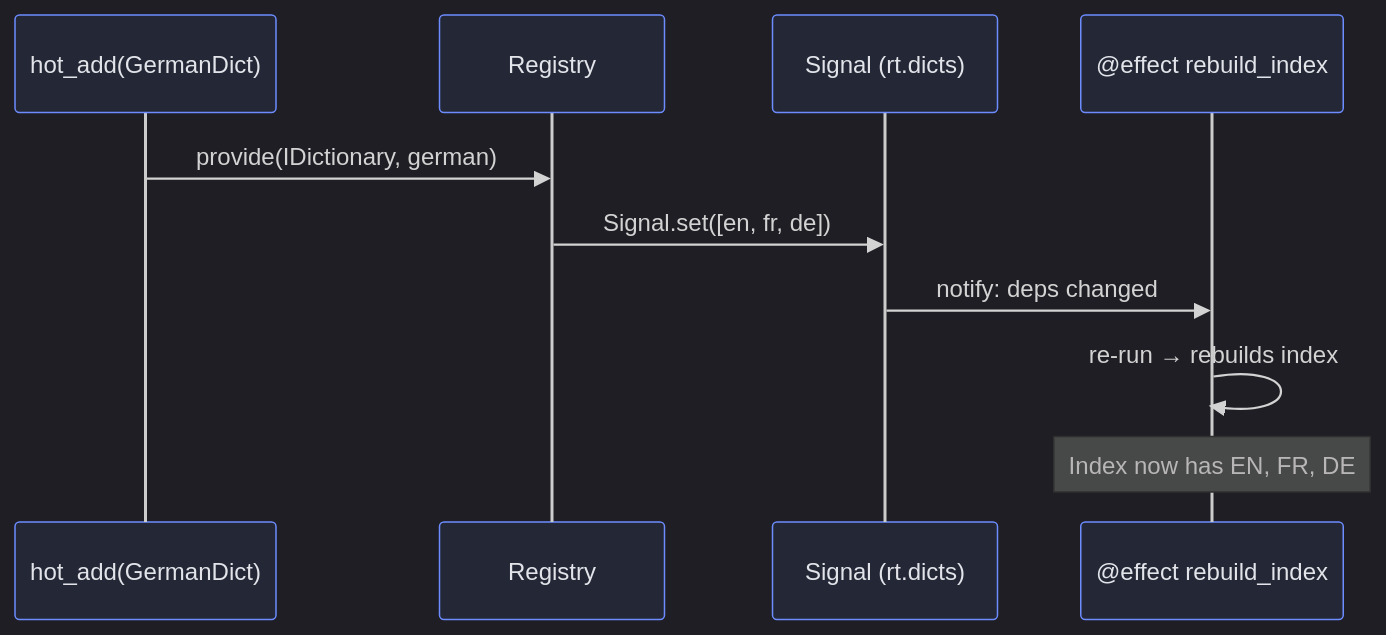
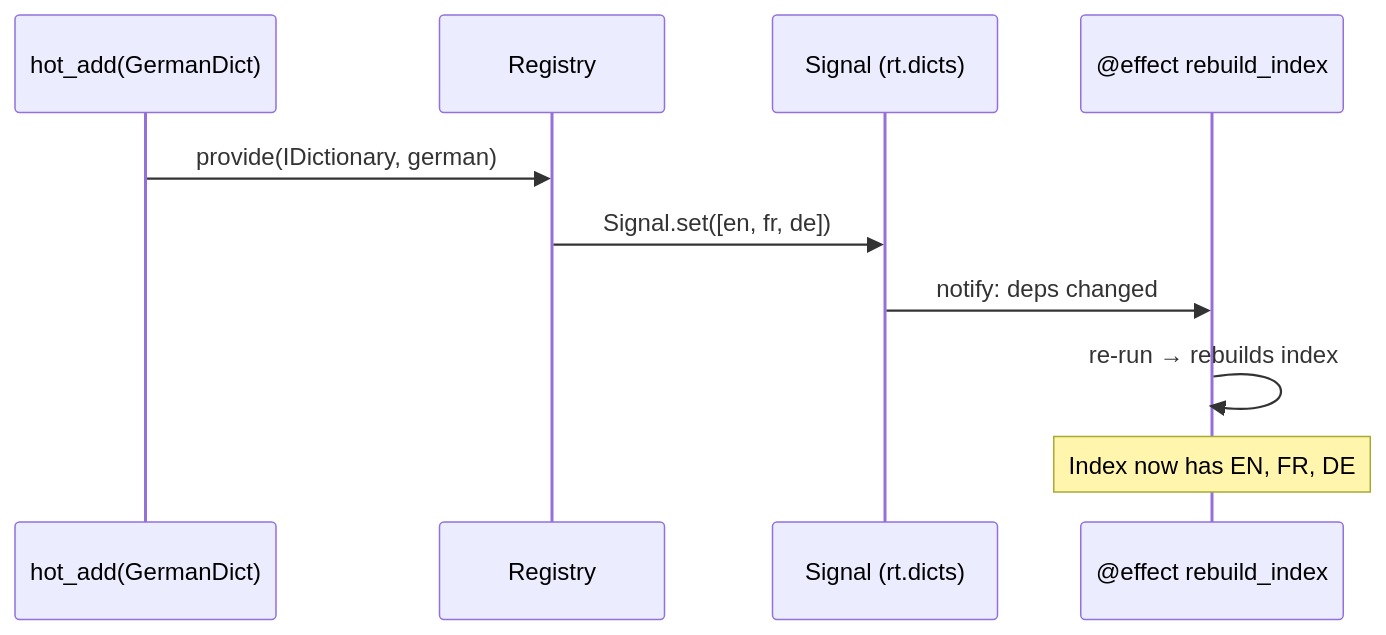
Before and after one commit to bayeslearner/plugkit: the diagram in docs/guide/03-dynamic-services.qmd, drawn with Mermaid. The commit also changed 9 other files, not shown here.

````diff
--- a/docs/guide/03-dynamic-services.qmd
+++ b/docs/guide/03-dynamic-services.qmd
@@ -12,14 +12,13 @@
 ```{mermaid}
-%%{init: {'theme': 'dark', 'themeVariables': {'primaryColor': '#242836', 'primaryTextColor': '#e2e4ea', 'primaryBorderColor': '#6c8cff', 'lineColor': '#8b8fa3', 'secondaryColor': '#1a1d27', 'tertiaryColor': '#1a1d27', 'actorTextColor': '#e2e4ea', 'actorBkg': '#242836', 'actorBorder': '#6c8cff'}}}%%
 sequenceDiagram
     participant H as hot_add(GermanDict)
     participant R as Registry
     participant S as Signal (rt.dicts)
     participant E as @effect rebuild_index
 
     H->>R: provide(IDictionary, german)
     R->>S: Signal.set([en, fr, de])
     S->>E: notify: deps changed
     E->>E: re-run → rebuilds index
     Note over E: Index now has EN, FR, DE
 ```
````
